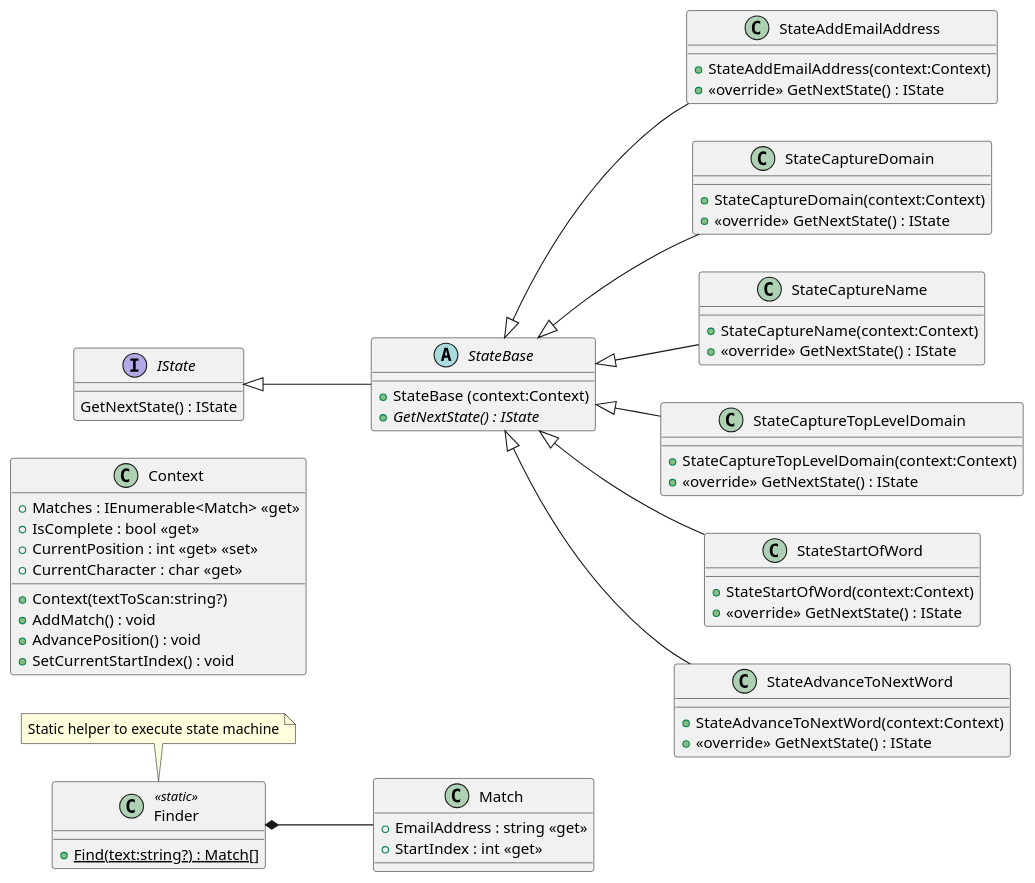
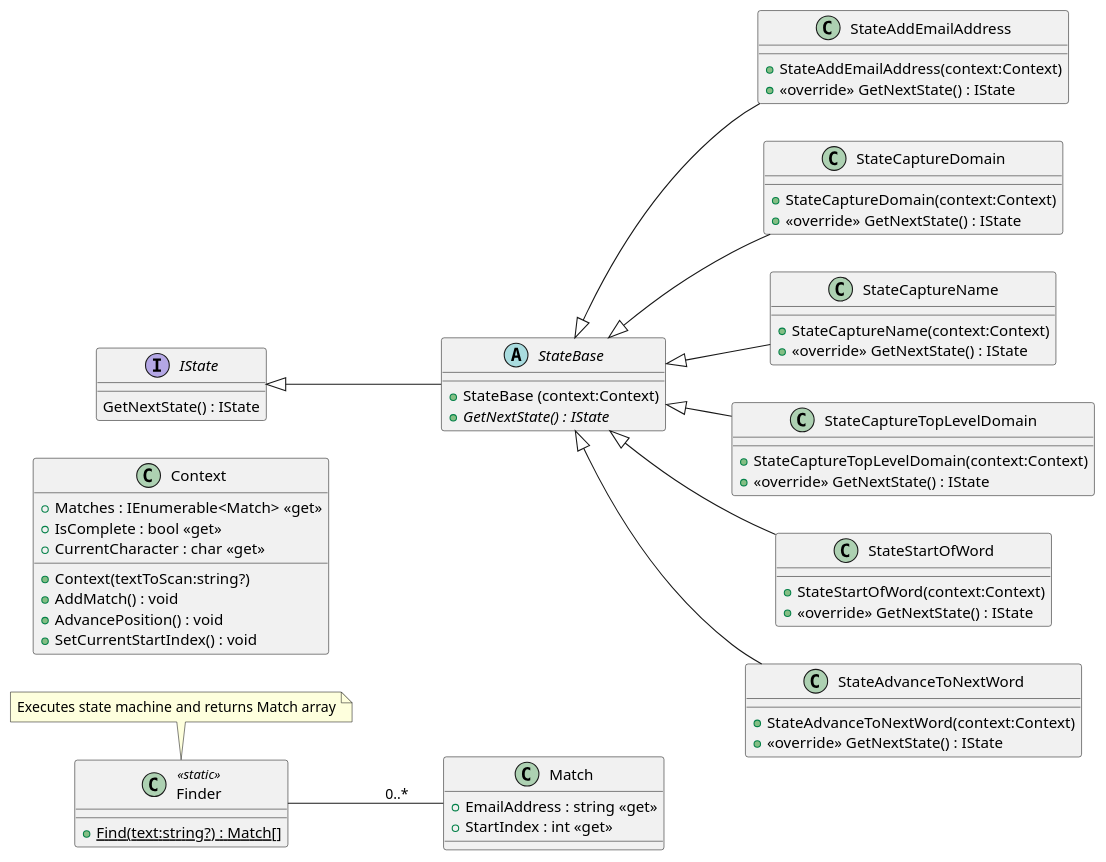
One commit to jeff-adkisson/swe-3633-spring-2023 changed the diagram in StateMachine/StateMachine.Mvc/Email/PlantUml/include.puml. Above: the diagram before and after it, drawn with PlantUML. The commit also changed 2 other files, not shown here.

```diff
--- a/StateMachine/StateMachine.Mvc/Email/PlantUml/include.puml
+++ b/StateMachine/StateMachine.Mvc/Email/PlantUml/include.puml
@@ -1,63 +1,62 @@
 @startuml
 left to right direction
 class Context {
     + Context(textToScan:string?)
     + Matches : IEnumerable<Match> <<get>>
     + IsComplete : bool <<get>>
-    + CurrentPosition : int <<get>> <<set>>
     + CurrentCharacter : char <<get>>
     + AddMatch() : void
     + AdvancePosition() : void
     + SetCurrentStartIndex() : void
 }
 
 class Finder <<static>> {
     + {static} Find(text:string?) : Match[]
 }
-note top of Finder : Static helper to execute state machine
+note top of Finder : Executes state machine and returns Match array
 
 class Match {
     + EmailAddress : string <<get>>
     + StartIndex : int <<get>>
 }
-Finder *-- Match
+Finder -- Match : 0..*
 
 interface IState {
     GetNextState() : IState
 }
 class StateAddEmailAddress {
     + StateAddEmailAddress(context:Context)
     + <<override>> GetNextState() : IState
 }
 StateBase <|-- StateAddEmailAddress
 abstract class StateBase {
     + StateBase (context:Context)
     + {abstract} GetNextState() : IState
 }
 IState <|-- StateBase
 class StateCaptureDomain {
     + StateCaptureDomain(context:Context)
     + <<override>> GetNextState() : IState
 }
 StateBase <|-- StateCaptureDomain
 class StateCaptureName {
     + StateCaptureName(context:Context)
     + <<override>> GetNextState() : IState
 }
 StateBase <|-- StateCaptureName
 class StateCaptureTopLevelDomain {
     + StateCaptureTopLevelDomain(context:Context)
     + <<override>> GetNextState() : IState
 }
 StateBase <|-- StateCaptureTopLevelDomain
 class StateStartOfWord {
     + StateStartOfWord(context:Context)
     + <<override>> GetNextState() : IState
 }
 class StateAdvanceToNextWord {
     + StateAdvanceToNextWord(context:Context)
     + <<override>> GetNextState() : IState
 }
 StateBase <|-- StateStartOfWord
 StateBase <|-- StateAdvanceToNextWord
 @enduml
```
